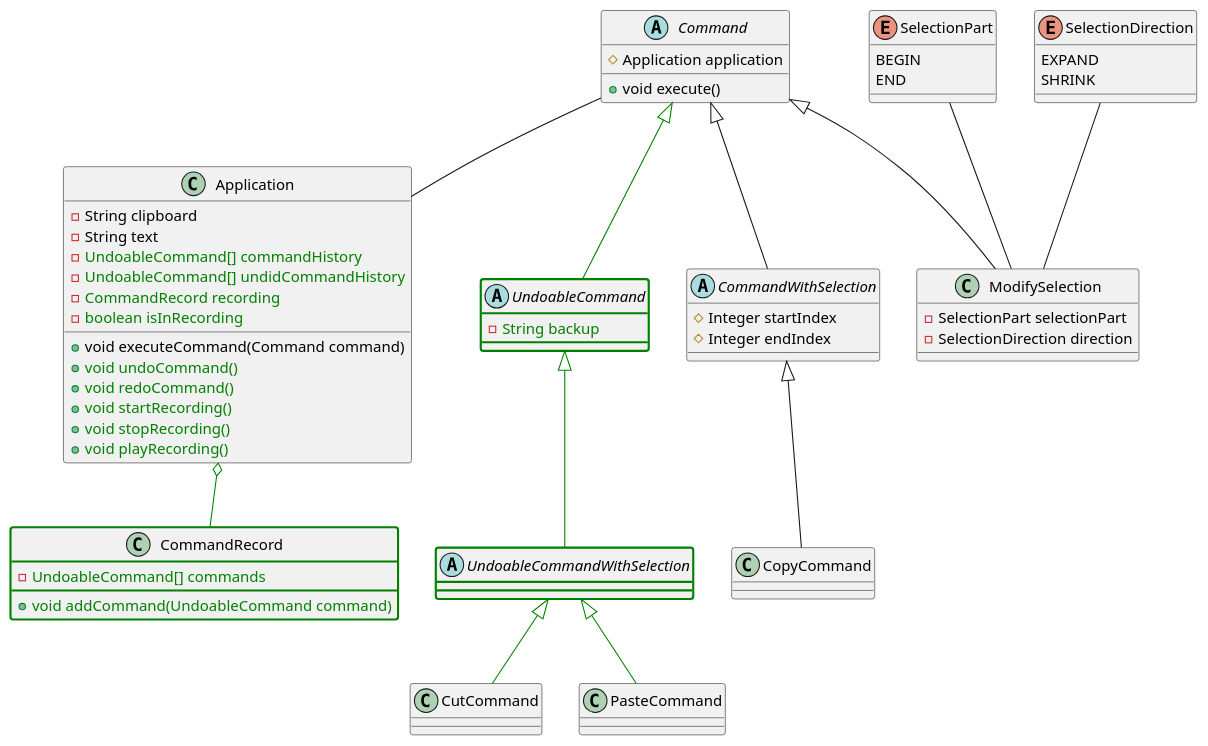
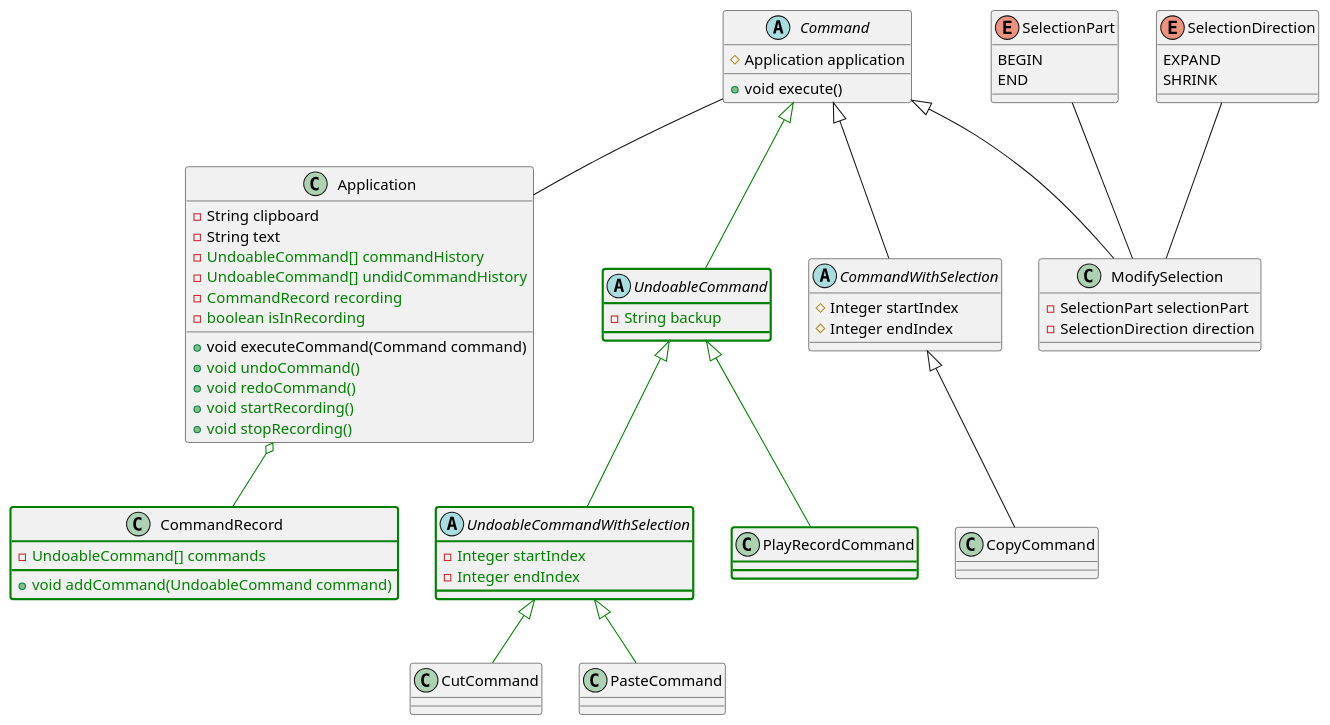
The diagram in conception/ClassDiagramm_v2.puml (pixselve-school/OMD-TP2), drawn with PlantUML before and after one commit. The commit also changed 3 other files, not shown here.

Commit message:
Add command for PlayRecords

```diff
--- a/conception/ClassDiagramm_v2.puml
+++ b/conception/ClassDiagramm_v2.puml
@@ -1,81 +1,88 @@
 @startuml
 'https://plantuml.com/class-diagram
 
 class Application{
     -String clipboard
     -String text
     -<color:green>UndoableCommand[] commandHistory</color>
     -<color:green>UndoableCommand[] undidCommandHistory</color>
     -<color:green>CommandRecord recording</color>
     -<color:green>boolean isInRecording</color>
     +void executeCommand(Command command)
     +<color:green>void undoCommand()</color>
     +<color:green>void redoCommand()</color>
     +<color:green>void startRecording()</color>
     +<color:green>void stopRecording()</color>
-    +<color:green>void playRecording()</color>
 }
 
 abstract class Command{
     #Application application
     +void execute()
 }
 
 abstract class UndoableCommand ##[bold]green{
     -<color:green>String backup</color>
 }
 
-abstract class UndoableCommandWithSelection ##[bold]green {}
+abstract class UndoableCommandWithSelection ##[bold]green {
+    -<color:green>Integer startIndex</color>
+    -<color:green>Integer endIndex</color>
+}
 
 class CommandRecord ##[bold]green {
     -<color:green>UndoableCommand[] commands</color>
     +<color:green>void addCommand(UndoableCommand command)</color>
 }
 
 UndoableCommand <|-[#green]- UndoableCommandWithSelection
 
 Command <|-[#green]- UndoableCommand
 
 Command <|-- CommandWithSelection
 
 abstract class CommandWithSelection{
     #Integer startIndex
     #Integer endIndex
 }
 
 CommandWithSelection <|-- CopyCommand
 UndoableCommandWithSelection <|-[#green]- CutCommand
 UndoableCommandWithSelection <|-[#green]- PasteCommand
 Command <|-- ModifySelection
 
 class CopyCommand{
 }
+
+class PlayRecordCommand ##[bold]green{
+}
+
+UndoableCommand <|-[#green]- PlayRecordCommand
 
 class CutCommand{
 }
 
 class PasteCommand{
 }
 
 class ModifySelection{
     -SelectionPart selectionPart
     -SelectionDirection direction
 }
 
 enum SelectionPart {
   BEGIN
   END
 }
 
 enum SelectionDirection {
   EXPAND
   SHRINK
 }
 
 Command -- Application
 Application o-[#green]- CommandRecord
 
 SelectionDirection -- ModifySelection
 SelectionPart -- ModifySelection
 
 @enduml
```
